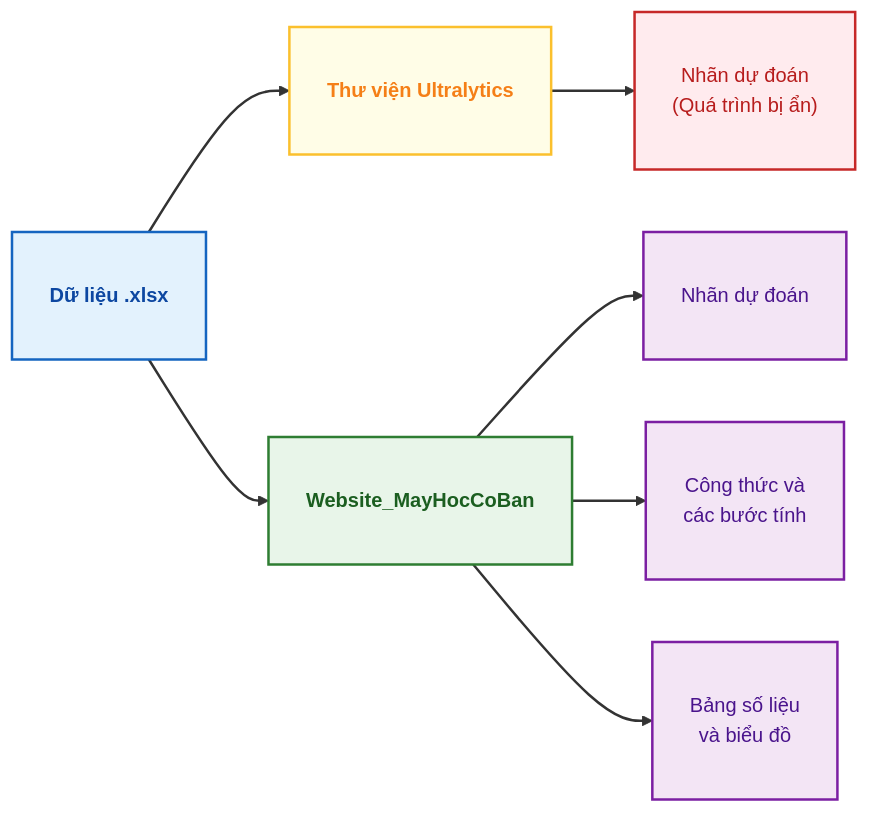
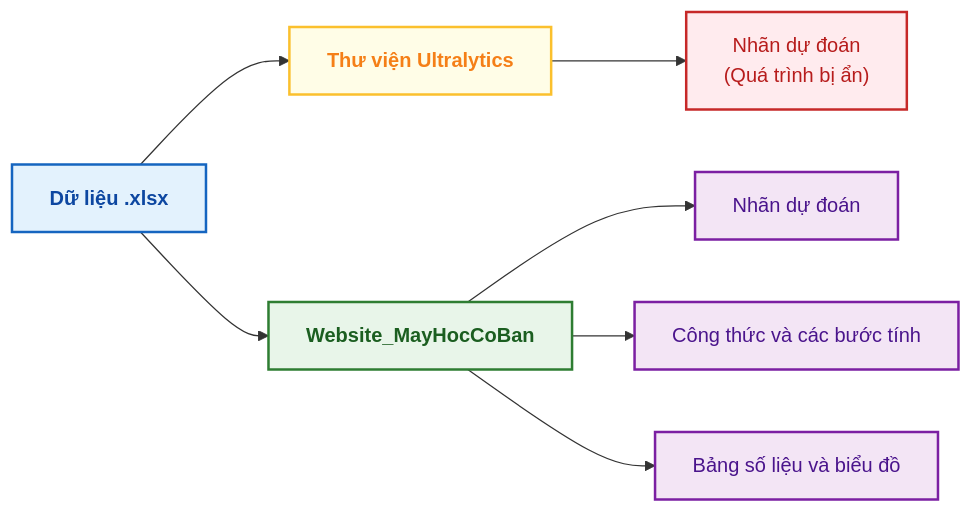
The first of 5 diagrams in README.md (huynhthanhphong231004IT/Website_MayHocCoBan), drawn with Mermaid before and after one commit.

````diff
--- a/README.md
+++ b/README.md
@@ -27,32 +27,31 @@
 ```mermaid
 flowchart LR
-    %% Cấu hình khoảng cách giữa các node và hàng
-    linkStyle default stroke-width:2px;
+    %% Thiết lập hướng ngang và khoảng cách tối ưu để tiết kiệm diện tích dọc
+    %% Dùng cú pháp định dạng trực tiếp không qua classDef padding để tránh bóp méo chữ
     
-    %% Định nghĩa kiểu dáng với padding rộng hơn
-    classDef data fill:#E3F2FD,stroke:#1565C0,stroke-width:2px,color:#0D47A1,font-weight:bold,padding:12px;
-    classDef lib fill:#FFFDE7,stroke:#FBC02D,stroke-width:2px,color:#F57F17,font-weight:bold,padding:12px;
-    classDef web fill:#E8F5E9,stroke:#2E7D32,stroke-width:2px,color:#1B5E20,font-weight:bold,padding:12px;
-    classDef output1 fill:#FFEBEE,stroke:#C62828,stroke-width:2px,color:#B71C1C,padding:10px;
-    classDef output2 fill:#F3E5F5,stroke:#7B1FA2,stroke-width:2px,color:#4A148C,padding:10px;
-
-    %% Khai báo các nút (xuống dòng chủ động cho ô dài)
     D["Dữ liệu .xlsx"]:::data
     
     A["Thư viện Ultralytics"]:::lib
     B["Nhãn dự đoán<br/>(Quá trình bị ẩn)"]:::output1
     
     C["Website_MayHocCoBan"]:::web
     E["Nhãn dự đoán"]:::output2
-    F["Công thức và<br/>các bước tính"]:::output2
-    G["Bảng số liệu<br/>và biểu đồ"]:::output2
+    F["Công thức và các bước tính"]:::output2
+    G["Bảng số liệu và biểu đồ"]:::output2
 
-    %% Luồng dữ liệu
+    %% Luồng kết nối
     D --> A
     A --> B
     
     D --> C
     C --> E
     C --> F
     C --> G
+
+    %% Định nghĩa màu sắc và ép chiều rộng tối thiểu cho các node dài
+    classDef data fill:#E3F2FD,stroke:#1565C0,stroke-width:2px,color:#0D47A1,font-weight:bold;
+    classDef lib fill:#FFFDE7,stroke:#FBC02D,stroke-width:2px,color:#F57F17,font-weight:bold;
+    classDef web fill:#E8F5E9,stroke:#2E7D32,stroke-width:2px,color:#1B5E20,font-weight:bold;
+    classDef output1 fill:#FFEBEE,stroke:#C62828,stroke-width:2px,color:#B71C1C;
+    classDef output2 fill:#F3E5F5,stroke:#7B1FA2,stroke-width:2px,color:#4A148C;
 ```
````
